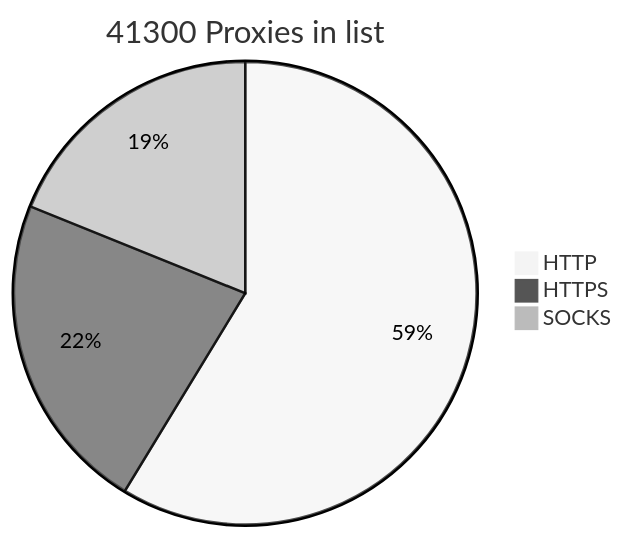
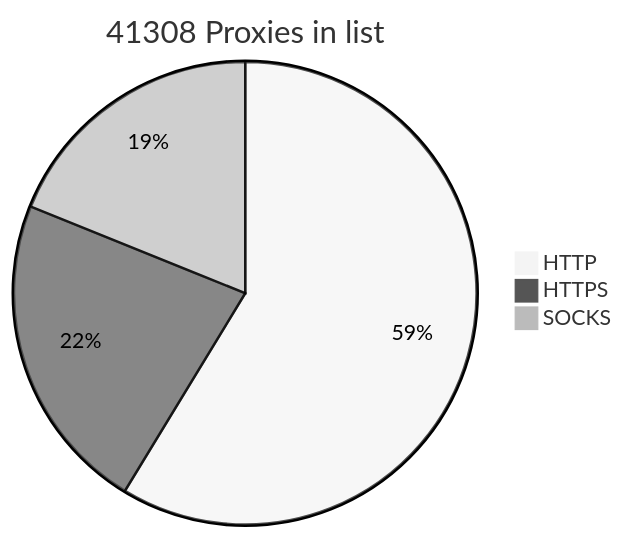
One commit to BlackSnowDot/proxylist-update-every-minute changed the diagram in README.md. Above: the diagram before and after it, drawn with Mermaid (neutral theme).

````diff
--- a/README.md
+++ b/README.md
@@ -2,6 +2,6 @@
 ```mermaid
-pie title 41300 Proxies in list
-    "HTTP" : 28454
-    "HTTPS": 10859
+pie title 41308 Proxies in list
+    "HTTP" : 28459
+    "HTTPS": 10864
     "SOCKS" : 9154
 ```
````
